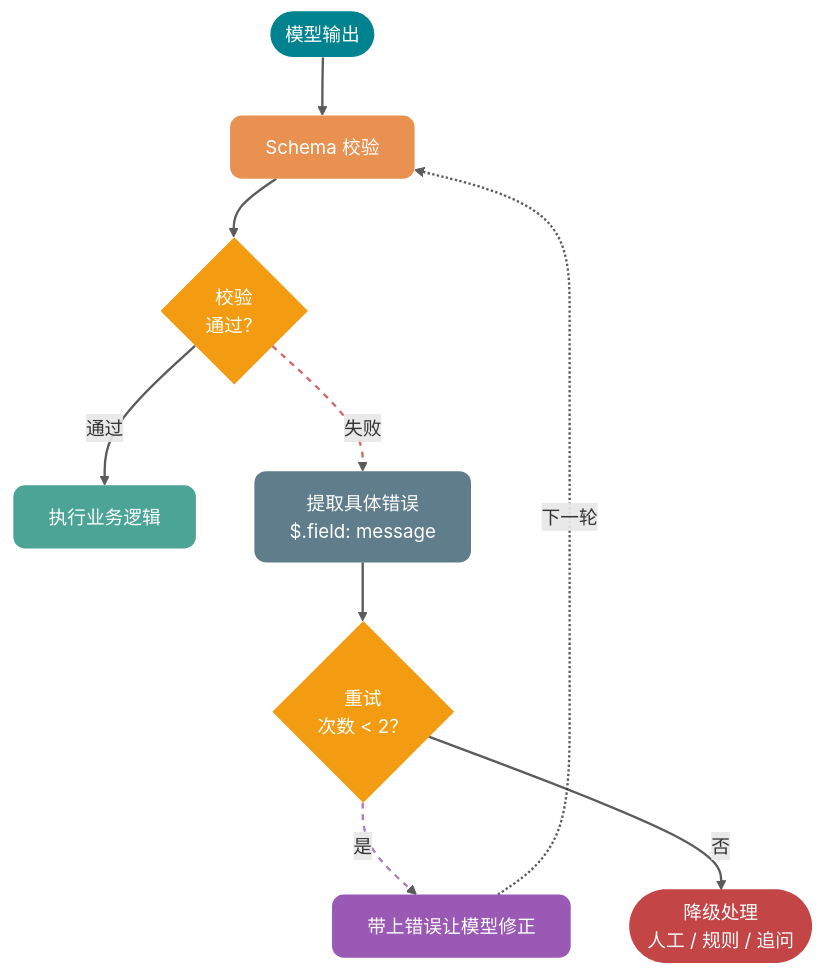
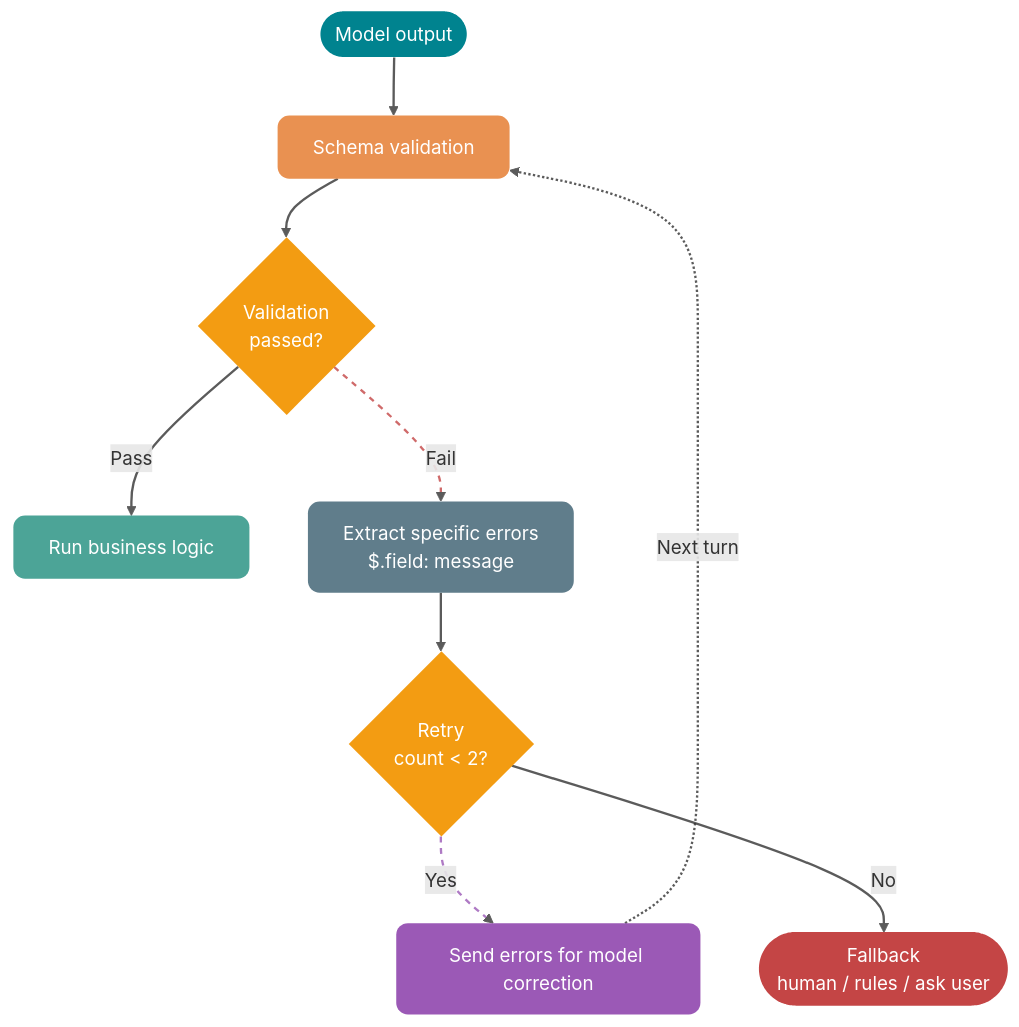
The second of 3 diagrams in docs/ai/llm-basis/structured-output-function-calling.md (m3h3d1/JavaGuideEn), drawn with Mermaid before and after one commit. The commit also changed other lines of this file and 108 other files, not shown here.

````diff
--- a/docs/ai/llm-basis/structured-output-function-calling.md
+++ b/docs/ai/llm-basis/structured-output-function-calling.md
@@ -552,35 +552,35 @@
 ```mermaid
 flowchart TB
-    %% ========== 配色声明 ==========
+    %% ========== Color definitions ==========
     classDef input fill:#00838F,color:#FFFFFF,stroke:none,rx:10,ry:10
     classDef process fill:#E99151,color:#FFFFFF,stroke:none,rx:10,ry:10
     classDef check fill:#F39C12,color:#FFFFFF,stroke:none,rx:10,ry:10
     classDef success fill:#4CA497,color:#FFFFFF,stroke:none,rx:10,ry:10
     classDef retry fill:#9B59B6,color:#FFFFFF,stroke:none,rx:10,ry:10
     classDef degrade fill:#C44545,color:#FFFFFF,stroke:none,rx:10,ry:10
     classDef measure fill:#607D8B,color:#FFFFFF,stroke:none,rx:10,ry:10
 
-    %% ========== 节点 ==========
-    Start([模型输出]):::input
-    Validate[Schema 校验]:::process
-    Check{校验<br/>通过？}:::check
-    Business[执行业务逻辑]:::success
-    Extract["提取具体错误<br/>$.field: message"]:::measure
-    RetryCheck{重试<br/>次数 < 2？}:::check
-    RetryPrompt["带上错误让模型修正"]:::retry
-    Degrade([降级处理<br/>人工 / 规则 / 追问]):::degrade
+    %% ========== Nodes ==========
+    Start([Model output]):::input
+    Validate[Schema validation]:::process
+    Check{Validation<br/>passed?}:::check
+    Business[Run business logic]:::success
+    Extract["Extract specific errors<br/>$.field: message"]:::measure
+    RetryCheck{Retry<br/>count < 2?}:::check
+    RetryPrompt["Send errors for model correction"]:::retry
+    Degrade([Fallback<br/>human / rules / ask user]):::degrade
 
     Start --> Validate --> Check
-    Check -->|通过| Business
-    Check -.->|失败| Extract
+    Check -->|Pass| Business
+    Check -.->|Fail| Extract
 
     Extract --> RetryCheck
-    RetryCheck -->|是| RetryPrompt
-    RetryPrompt -.->|下一轮| Validate
-    RetryCheck -->|否| Degrade
+    RetryCheck -->|Yes| RetryPrompt
+    RetryPrompt -.->|Next turn| Validate
+    RetryCheck -->|No| Degrade
 
-    %% ========== 样式 ==========
+    %% ========== Styles ==========
     linkStyle default stroke-width:2px,stroke:#333333,opacity:0.8
     linkStyle 3 stroke:#C44545,stroke-width:2px,stroke-dasharray:5 5
     linkStyle 5 stroke:#9B59B6,stroke-width:2px,stroke-dasharray:5 5
 ```
````
